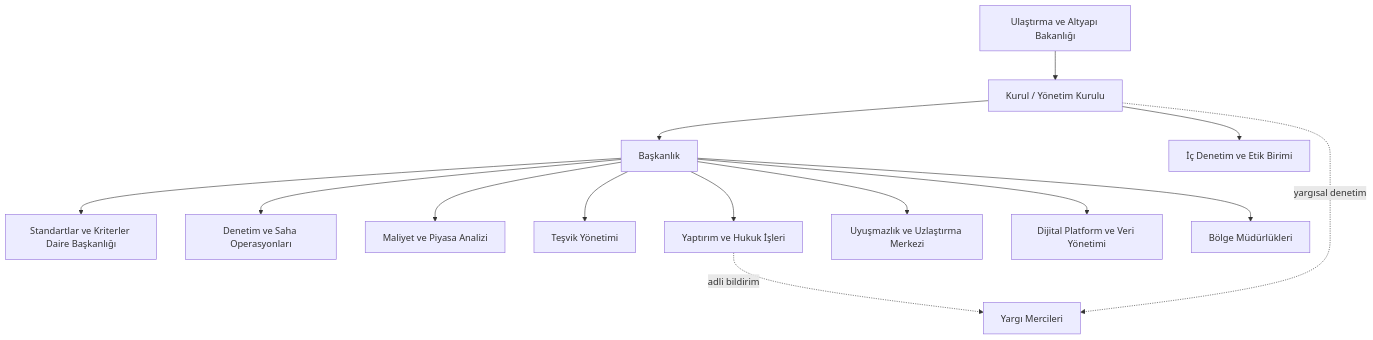
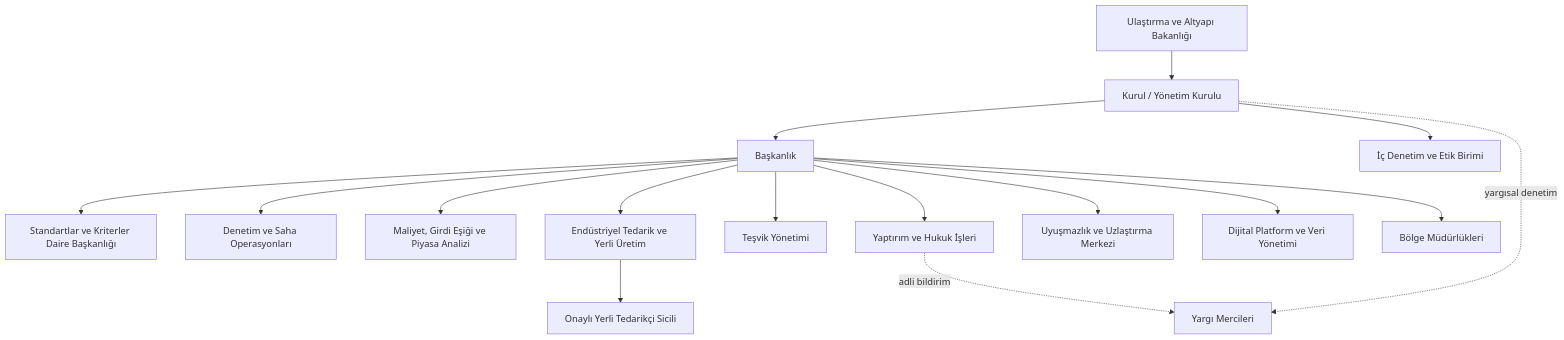
One commit to saydamonur2002-tech/belirsiz changed the diagram in README.md. Above: the diagram before and after it, drawn with Mermaid. The commit also changed other lines of this file, not shown here.

Commit message:
Ana misyon: işçilik hariç girdi maliyeti eşiği; yerli girdi şartlı teşvik ve endüstriyel tedarik bölümü

````diff
--- a/README.md
+++ b/README.md
@@ -103,16 +129,18 @@
 ```mermaid
 flowchart TD
     B[Ulaştırma ve Altyapı Bakanlığı] --> K[Kurul / Yönetim Kurulu]
     K --> BA[Başkanlık]
     K --> ID[İç Denetim ve Etik Birimi]
     BA --> S[Standartlar ve Kriterler Daire Başkanlığı]
     BA --> D[Denetim ve Saha Operasyonları]
-    BA --> M[Maliyet ve Piyasa Analizi]
+    BA --> M[Maliyet, Girdi Eşiği ve Piyasa Analizi]
+    BA --> E[Endüstriyel Tedarik ve Yerli Üretim]
     BA --> T[Teşvik Yönetimi]
     BA --> Y[Yaptırım ve Hukuk İşleri]
     BA --> U[Uyuşmazlık ve Uzlaştırma Merkezi]
     BA --> V[Dijital Platform ve Veri Yönetimi]
     BA --> R[Bölge Müdürlükleri]
+    E --> TS[Onaylı Yerli Tedarikçi Sicili]
     Y -. adli bildirim .-> A[Yargı Mercileri]
     K -. yargısal denetim .-> A
 ```
````
